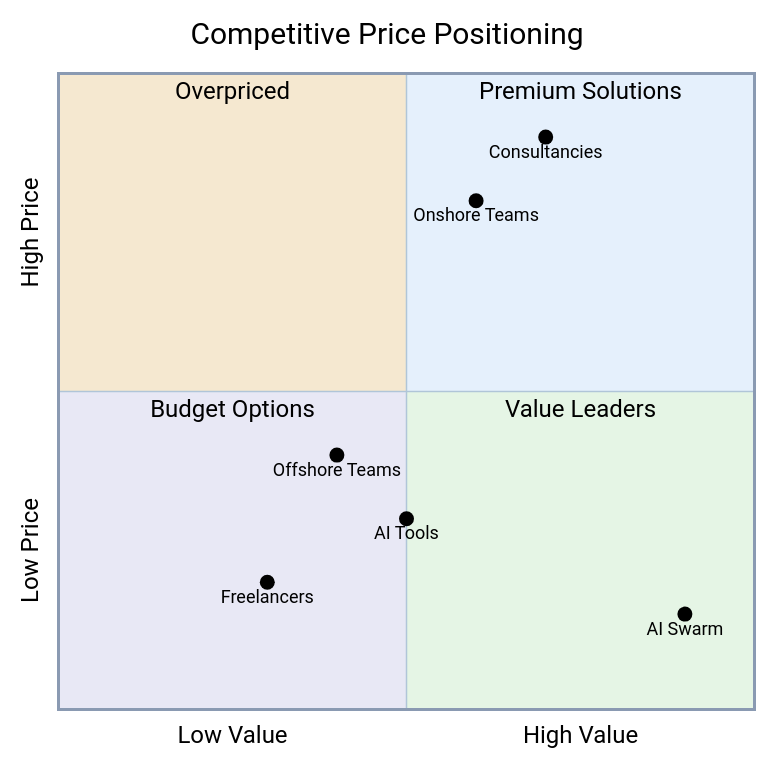
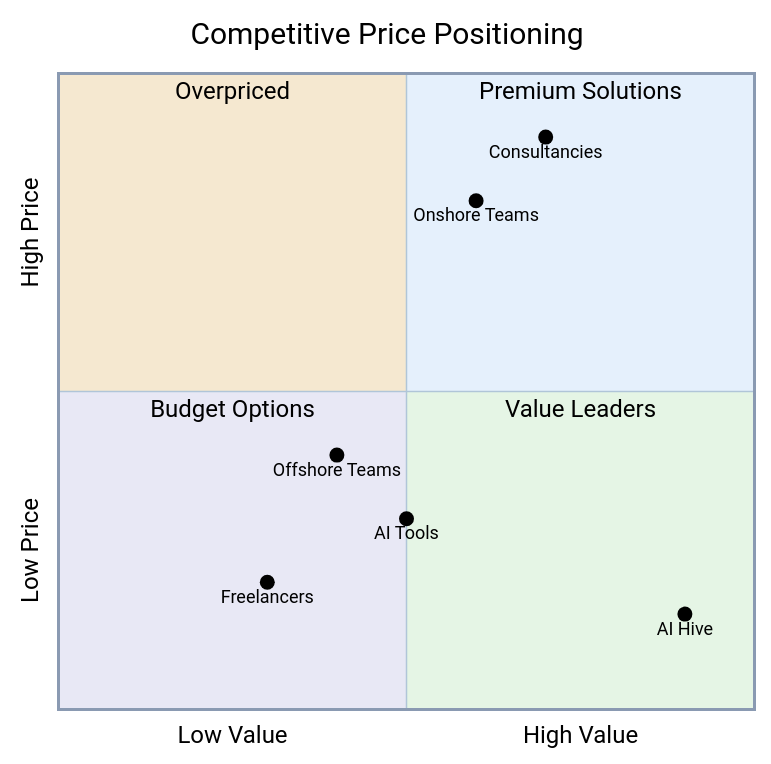
One commit to o2alexanderfedin/AI-Hive-Business-Docs changed the sixth of 9 diagrams in business-documents/market-analysis/06-pricing-analysis.md. Above: the diagram before and after it, drawn with Mermaid. The commit also changed other lines of this file and 22 other files, not shown here.

First line of the commit message:
Replace all references from 'AI Swarm' to 'AI Hive' across project

````diff
--- a/business-documents/market-analysis/06-pricing-analysis.md
+++ b/business-documents/market-analysis/06-pricing-analysis.md
@@ -446,47 +446,47 @@
 ```mermaid
 %%{init: {
   'theme': 'base',
   'themeVariables': {
     'quadrant1Fill': '#E5F0FC',
     'quadrant2Fill': '#F5E8D0',
     'quadrant3Fill': '#E8E8F5',
     'quadrant4Fill': '#E5F5E5',
     'quadrant1TextFill': '#000000',
     'quadrant2TextFill': '#000000',
     'quadrant3TextFill': '#000000',
     'quadrant4TextFill': '#000000',
     'quadrantPointFill': '#000000',
     'quadrantPointTextFill': '#000000',
     'quadrantXAxisTextFill': '#000000',
     'quadrantYAxisTextFill': '#000000',
     'quadrantInternalBorderStrokeFill': '#B0C5D8',
     'quadrantExternalBorderStrokeFill': '#8A9AB2',
     'quadrantTitleFill': '#000000',
     'primaryColor': '#C8D8E8',
     'primaryTextColor': '#000000',
     'primaryBorderColor': '#B0C5D8',
     'lineColor': '#B0C5D8',
     'background': '#F8F8F8',
     'mainBkg': '#C8D8E8',
     'darkMode': false,
     'fontFamily': 'Arial, sans-serif',
     'fontSize': '14px'
   }
 }}%%
 quadrantChart
     title Competitive Price Positioning
     x-axis Low Value --> High Value
     y-axis Low Price --> High Price
 
     quadrant-1 Premium Solutions
     quadrant-2 Overpriced
     quadrant-3 Budget Options
     quadrant-4 Value Leaders
 
     "Freelancers": [0.30, 0.20]
     "Offshore Teams": [0.40, 0.40]
     "Onshore Teams": [0.60, 0.80]
     "AI Tools": [0.50, 0.30]
     "Consultancies": [0.70, 0.90]
-    "AI Swarm": [0.90, 0.15]
+    "AI Hive": [0.90, 0.15]
 ```
````
